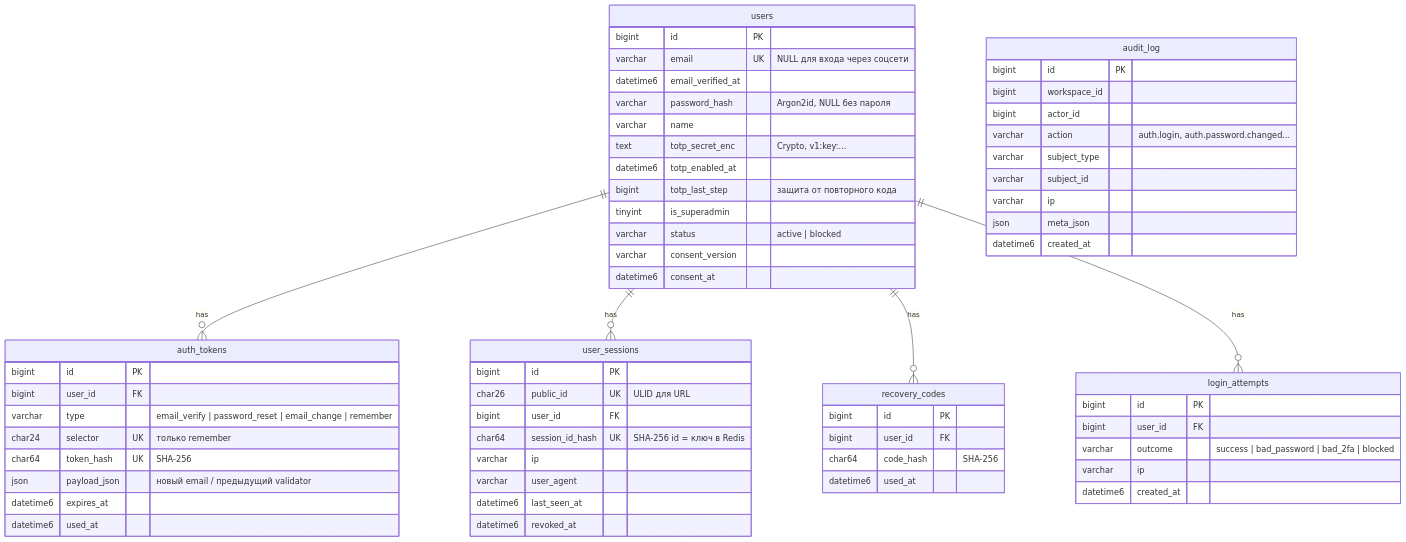
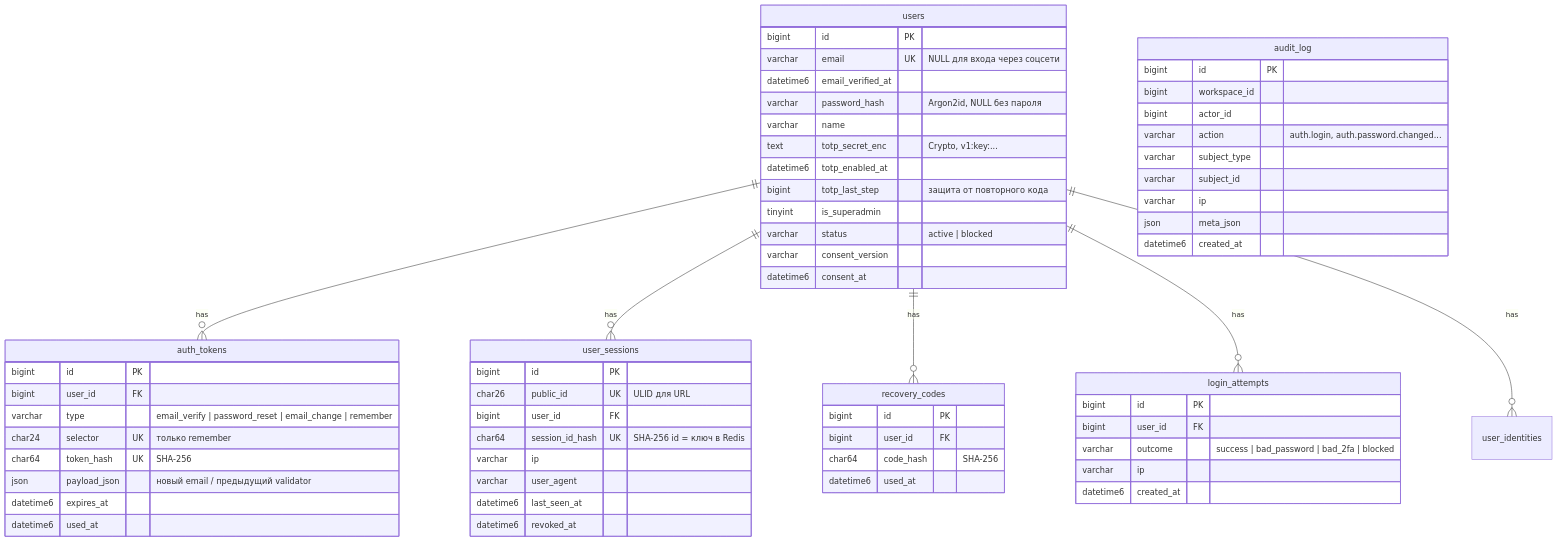
The second of 2 diagrams in docs/architecture/database.md (koiie111/VKPoster), drawn with Mermaid before and after one commit. The commit also changed other lines of this file and 76 other files, not shown here.

````diff
--- a/docs/architecture/database.md
+++ b/docs/architecture/database.md
@@ -41,65 +51,66 @@
 ```mermaid
 erDiagram
     users ||--o{ auth_tokens : has
     users ||--o{ user_sessions : has
     users ||--o{ recovery_codes : has
     users ||--o{ login_attempts : has
+    users ||--o{ user_identities : has
     users {
         bigint id PK
         varchar email UK "NULL для входа через соцсети"
         datetime6 email_verified_at
         varchar password_hash "Argon2id, NULL без пароля"
         varchar name
         text totp_secret_enc "Crypto, v1:key:..."
         datetime6 totp_enabled_at
         bigint totp_last_step "защита от повторного кода"
         tinyint is_superadmin
         varchar status "active | blocked"
         varchar consent_version
         datetime6 consent_at
     }
     auth_tokens {
         bigint id PK
         bigint user_id FK
         varchar type "email_verify | password_reset | email_change | remember"
         char24 selector UK "только remember"
         char64 token_hash UK "SHA-256"
         json payload_json "новый email / предыдущий validator"
         datetime6 expires_at
         datetime6 used_at
     }
     user_sessions {
         bigint id PK
         char26 public_id UK "ULID для URL"
         bigint user_id FK
         char64 session_id_hash UK "SHA-256 id = ключ в Redis"
         varchar ip
         varchar user_agent
         datetime6 last_seen_at
         datetime6 revoked_at
     }
     recovery_codes {
         bigint id PK
         bigint user_id FK
         char64 code_hash "SHA-256"
         datetime6 used_at
     }
     login_attempts {
         bigint id PK
         bigint user_id FK
         varchar outcome "success | bad_password | bad_2fa | blocked"
         varchar ip
         datetime6 created_at
     }
     audit_log {
         bigint id PK
         bigint workspace_id
         bigint actor_id
         varchar action "auth.login, auth.password.changed..."
         varchar subject_type
         varchar subject_id
         varchar ip
         json meta_json
         datetime6 created_at
     }
 ```
````
